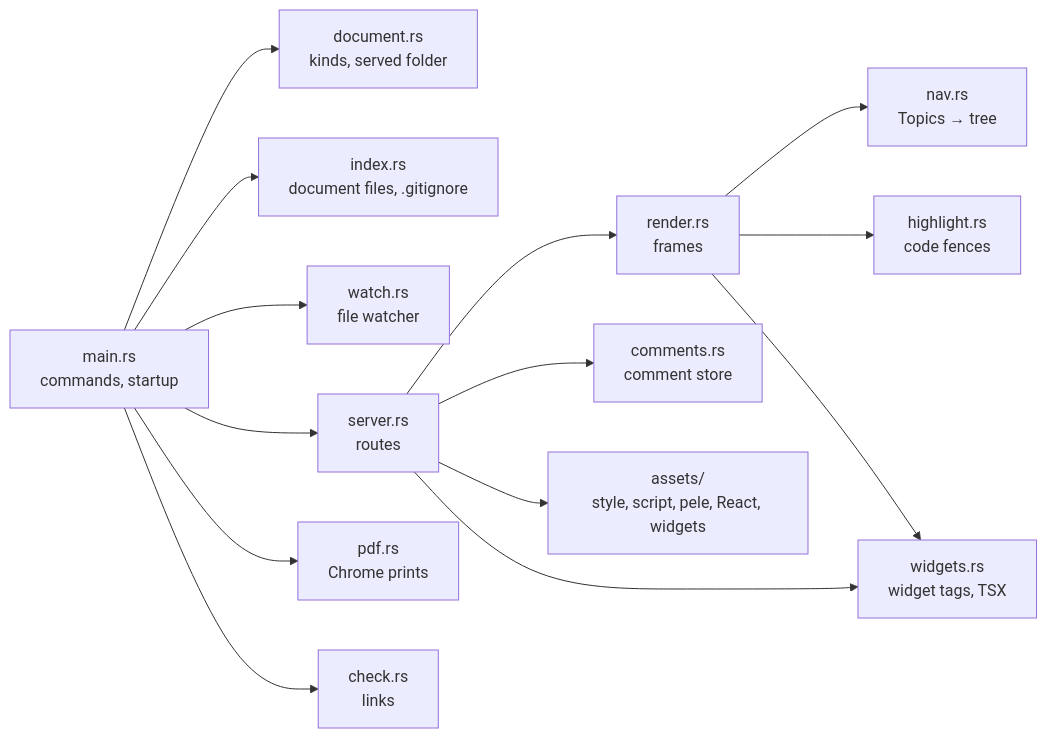
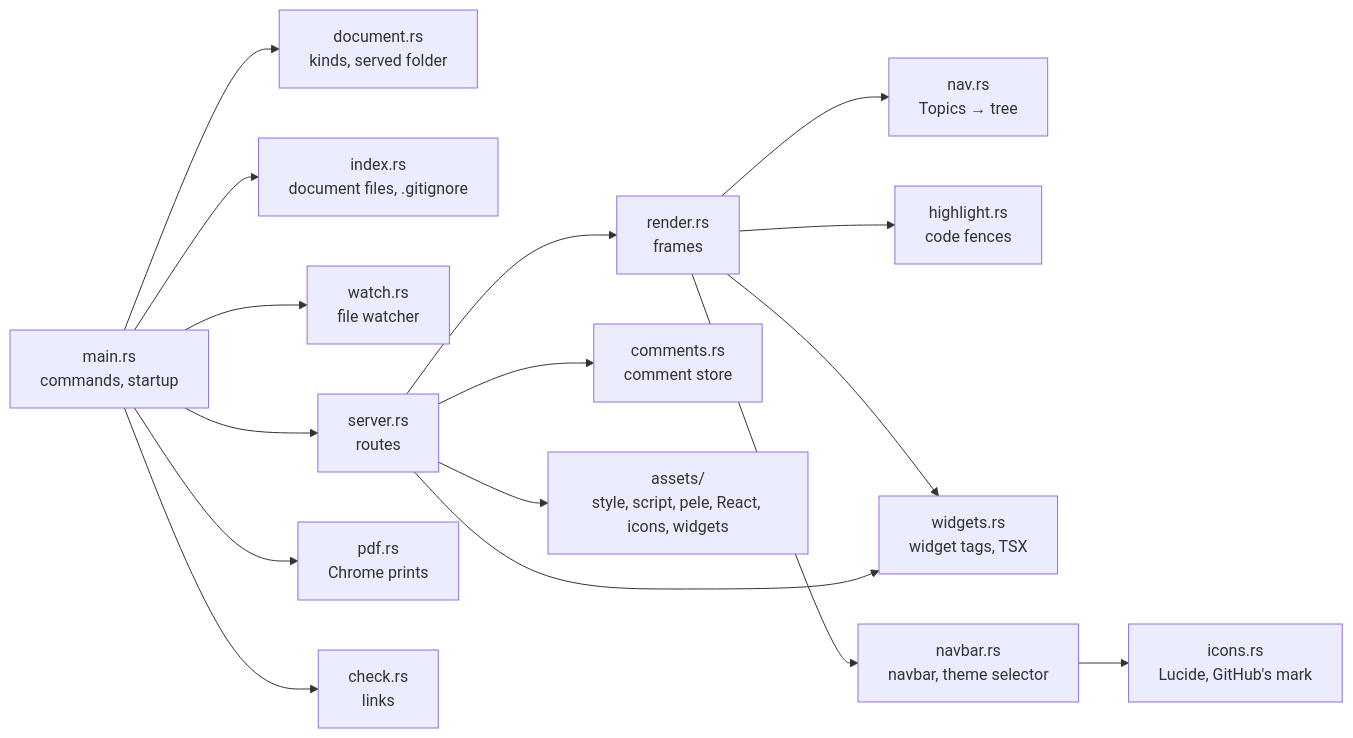
One commit to andrei512/devpage changed the first of 2 diagrams in docs/boxes/engineering/developing-devpage/README.md. Above: the diagram before and after it, drawn with Mermaid. The commit also changed other lines of this file and 22 other files, not shown here.

First line of the commit message:
Build the site navbar, an optional sidebar and a theme selector

````diff
--- a/docs/boxes/engineering/developing-devpage/README.md
+++ b/docs/boxes/engineering/developing-devpage/README.md
@@ -99,29 +101,33 @@
 ```mermaid
 flowchart LR
   main["main.rs<br/>commands, startup"] --> document["document.rs<br/>kinds, served folder"]
   main --> index["index.rs<br/>document files, .gitignore"]
   main --> watch["watch.rs<br/>file watcher"]
   main --> server["server.rs<br/>routes"]
   main --> pdf["pdf.rs<br/>Chrome prints"]
   main --> check["check.rs<br/>links"]
   server --> render["render.rs<br/>frames"]
   server --> comments["comments.rs<br/>comment store"]
   render --> nav["nav.rs<br/>Topics → tree"]
   render --> highlight["highlight.rs<br/>code fences"]
   render --> widgets["widgets.rs<br/>widget tags, TSX"]
+  render --> navbar["navbar.rs<br/>navbar, theme selector"]
+  navbar --> icons["icons.rs<br/>Lucide, GitHub's mark"]
   server --> widgets
-  server --> assets["assets/<br/>style, script, pele, React, widgets"]
+  server --> assets["assets/<br/>style, script, pele, React, icons, widgets"]
   click main href "#how-main-wires-it-together" "How main wires it together"
   click document href "../../viewer/configuration-reference/README.md#document-files" "Document files"
   click index href "../../viewer/serving-pages/README.md#which-document-a-file-belongs-to" "Which document a file belongs to"
   click watch href "../../viewer/live-updates/README.md#the-watcher" "The watcher"
   click server href "../../viewer/serving-pages/README.md#routes" "Routes"
   click pdf href "../../viewer/pdf/README.md" "Printing to PDF"
   click check href "../../viewer/checking-links/README.md" "Checking links"
   click render href "../../viewer/serving-pages/README.md#rendering-a-markdown-file" "Rendering a Markdown file"
   click comments href "../../viewer/comments/README.md#the-comment-store" "The comment store"
   click nav href "../../viewer/navigation-tree/README.md" "Navigation tree"
   click highlight href "../../viewer/serving-pages/README.md#rendering-a-markdown-file" "Code highlighting"
   click widgets href "../../viewer/widgets/README.md#under-the-hood" "Widgets under the hood"
+  click navbar href "../../viewer/organizing-navigation/README.md#the-navbar" "The navbar"
+  click icons href "../../viewer/vendored-icons/README.md" "The vendored icons"
   click assets href "../../viewer/serving-pages/README.md#built-in-assets" "Built-in assets"
 ```
````
